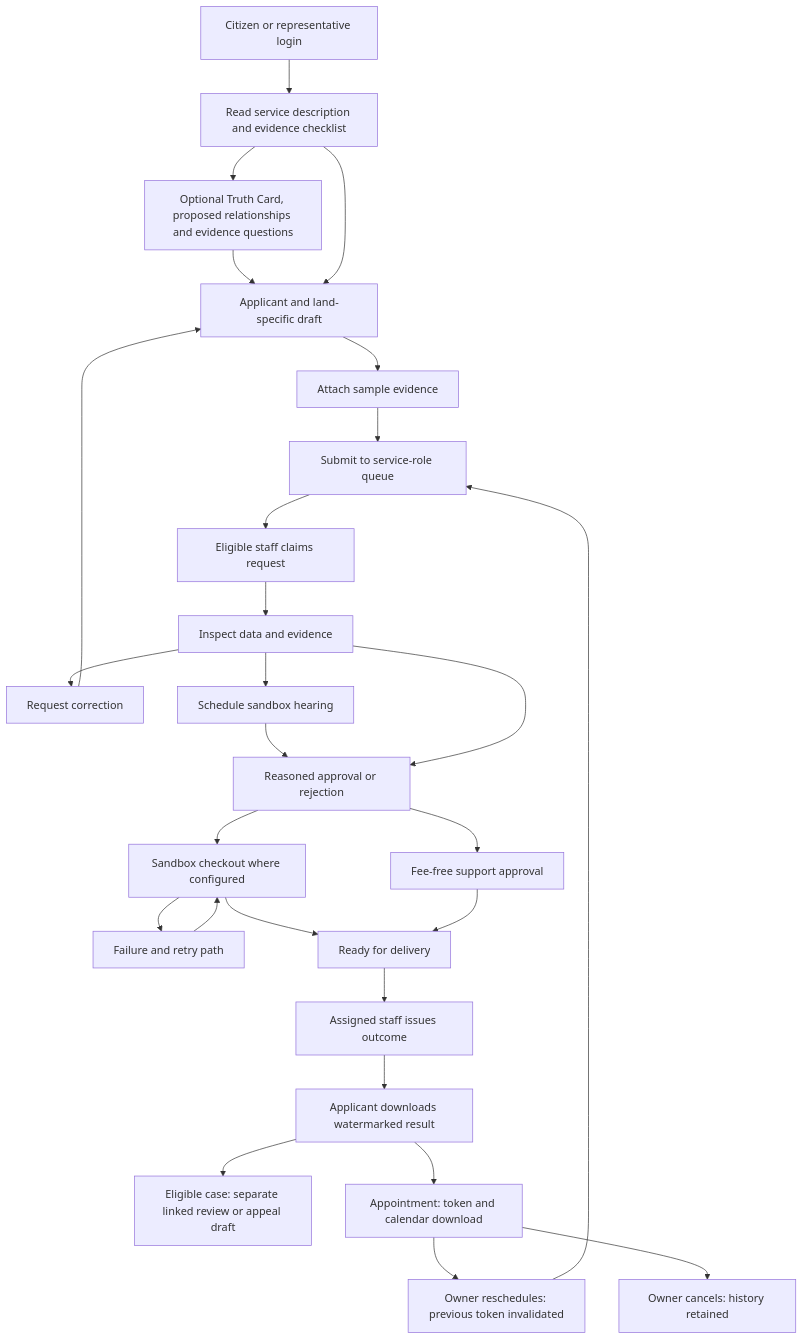
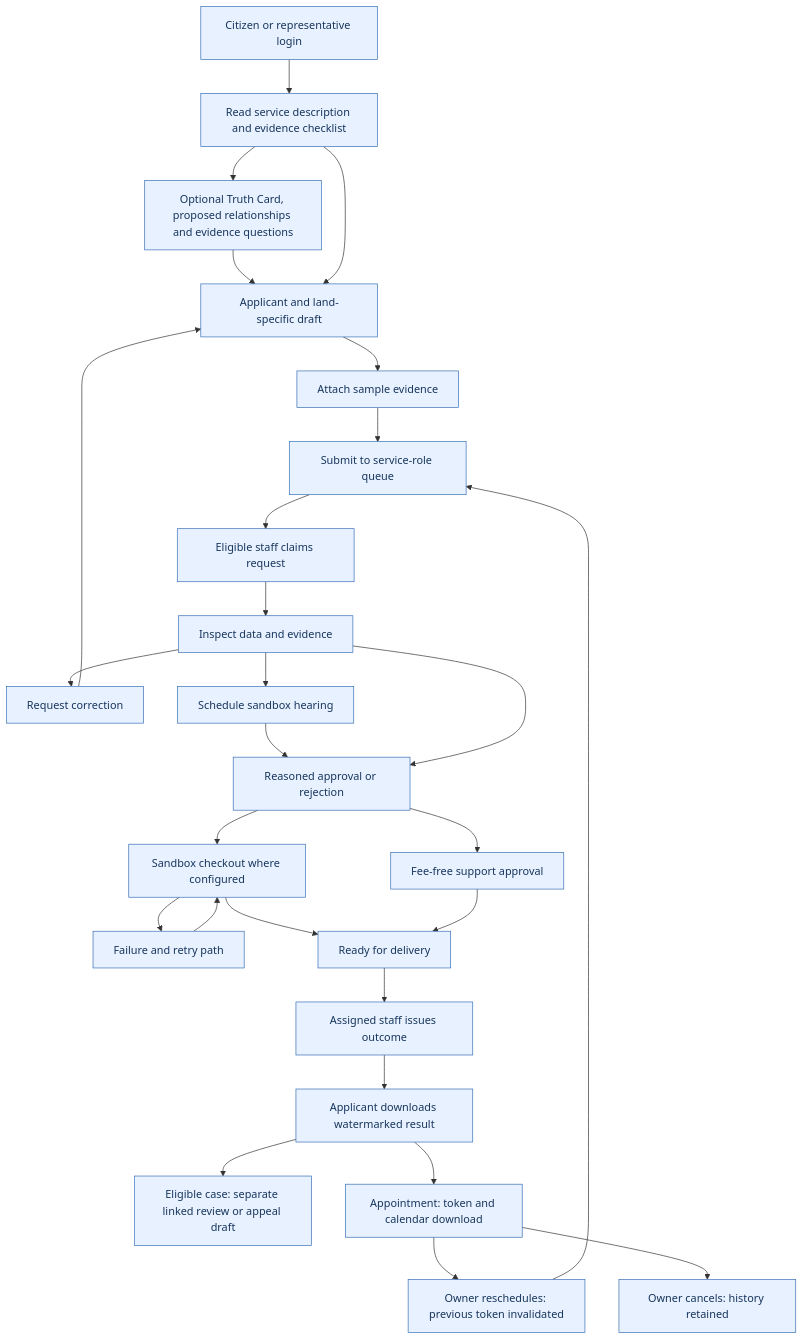
The first of 3 diagrams in README.md (Shreyalien/E-Bhumi), drawn with Mermaid before and after one commit. The commit also changed other lines of this file and 65 other files, not shown here.

````diff
--- a/README.md
+++ b/README.md
@@ -193,29 +207,30 @@
 ```mermaid
 flowchart TD
     Login[Citizen or representative login] --> Guide[Read service description and evidence checklist]
     Guide --> Worksheet[Optional Truth Card, proposed relationships and evidence questions]
     Worksheet --> Draft[Applicant and land-specific draft]
     Guide --> Draft
     Draft --> Evidence[Attach sample evidence]
     Evidence --> Submit[Submit to service-role queue]
     Submit --> Claim[Eligible staff claims request]
     Claim --> Review[Inspect data and evidence]
     Review --> Correct[Request correction]
     Correct --> Draft
     Review --> Hearing[Schedule sandbox hearing]
     Hearing --> Decision[Reasoned approval or rejection]
     Review --> Decision
     Decision --> Fee[Sandbox checkout where configured]
     Fee --> Retry[Failure and retry path]
     Retry --> Fee
     Fee --> Ready[Ready for delivery]
     Decision --> NoFee[Fee-free support approval]
     NoFee --> Ready
     Ready --> Issue[Assigned staff issues outcome]
     Issue --> Download[Applicant downloads watermarked result]
     Download --> FollowUp[Eligible case: separate linked review or appeal draft]
     Download --> Appointment[Appointment: token and calendar download]
     Appointment --> Reschedule[Owner reschedules: previous token invalidated]
     Reschedule --> Submit
     Appointment --> Cancel[Owner cancels: history retained]
+    classDef default fill:#e8f1ff,stroke:#376eb5,color:#17365d;
 ```
````
